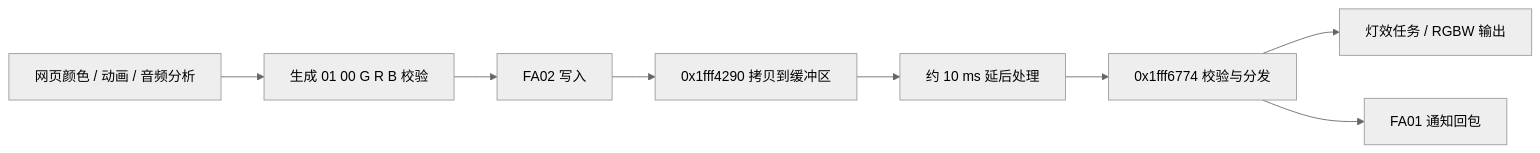
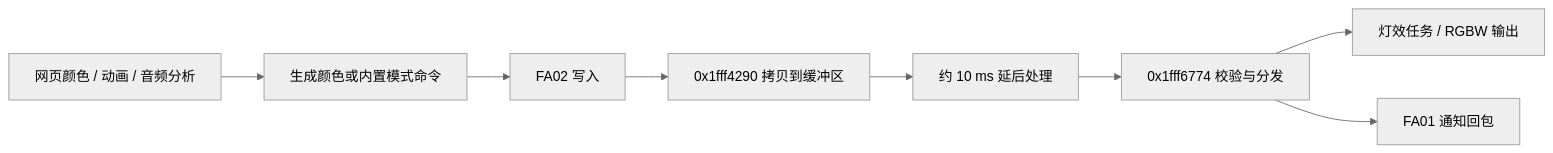
Before and after one commit to CloudyMoonShape/wuwa-lightstick: the diagram in docs/FUNCTIONS.md, drawn with Mermaid (neutral theme). The commit also changed other lines of this file and 23 other files, not shown here.

````diff
--- a/docs/FUNCTIONS.md
+++ b/docs/FUNCTIONS.md
@@ -7,10 +7,10 @@
 ```mermaid
 flowchart LR
-  UI[网页颜色 / 动画 / 音频分析] --> SDK[生成 01 00 G R B 校验]
+  UI[网页颜色 / 动画 / 音频分析] --> SDK[生成颜色或内置模式命令]
   SDK --> FA02[FA02 写入]
   FA02 --> CB[0x1fff4290 拷贝到缓冲区]
   CB --> WAIT[约 10 ms 延后处理]
   WAIT --> CMD[0x1fff6774 校验与分发]
   CMD --> LIGHT[灯效任务 / RGBW 输出]
   CMD --> FA01[FA01 通知回包]
 ```
````
